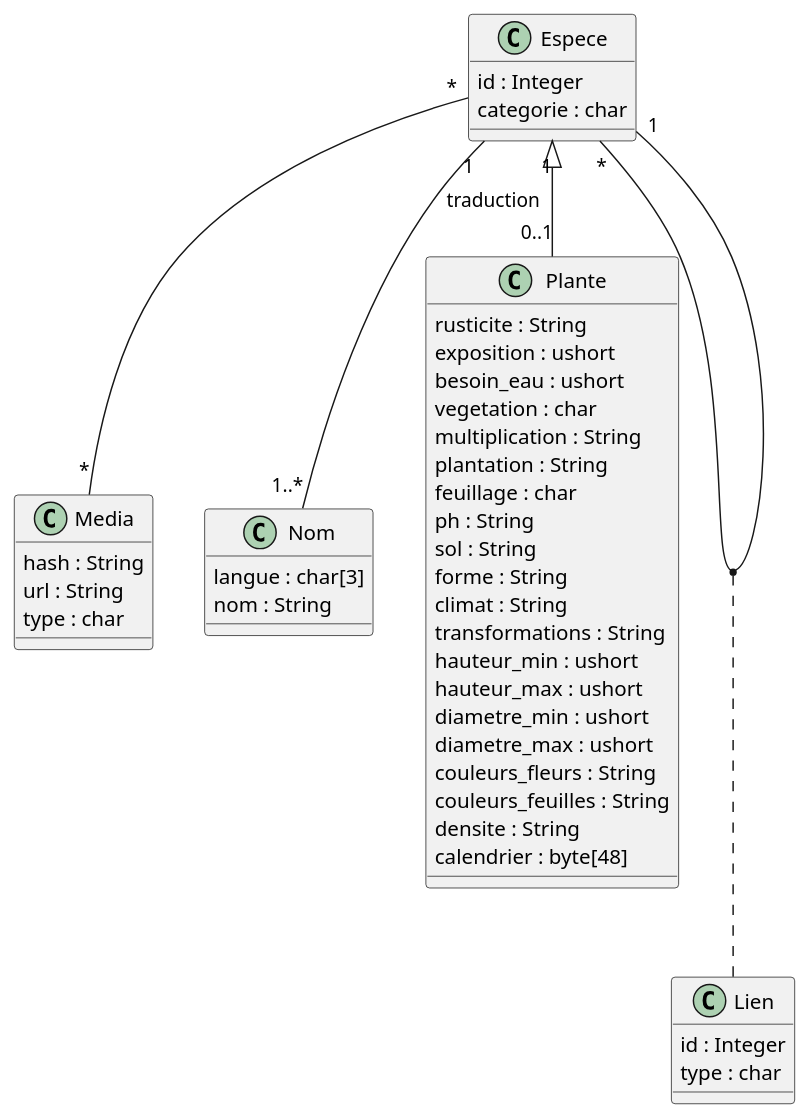
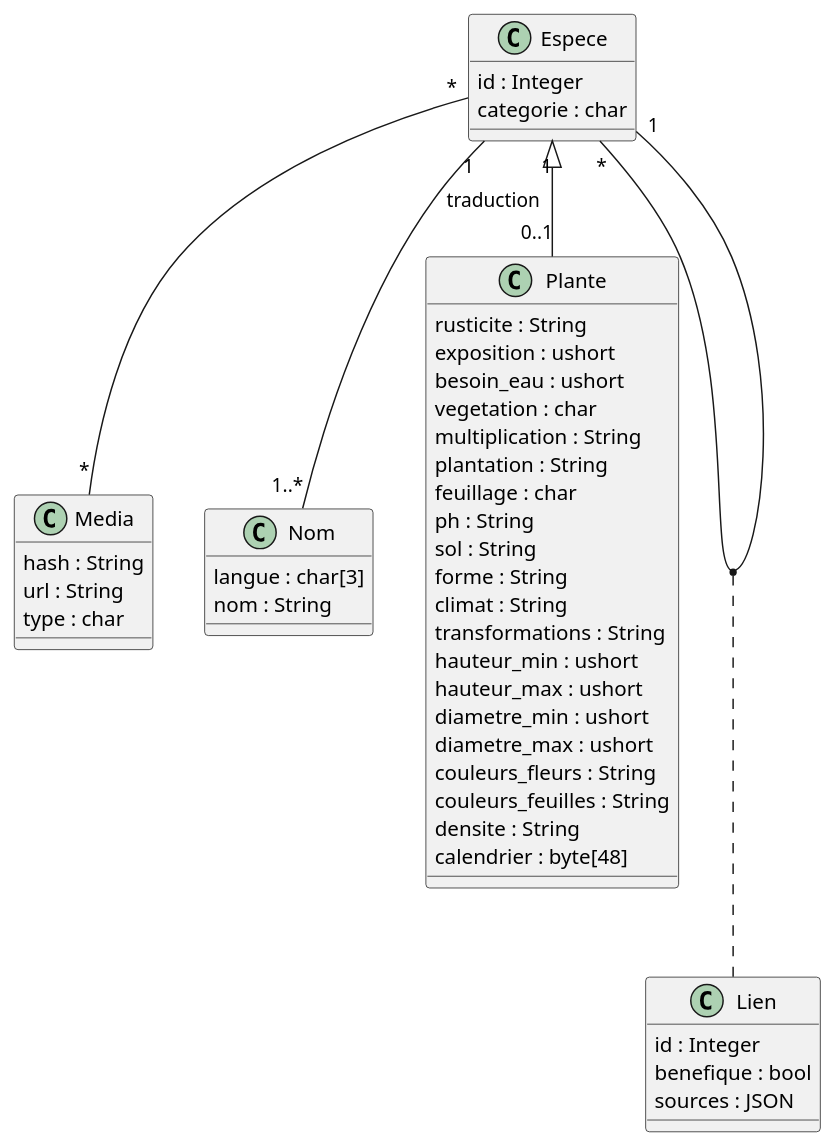
One commit to ThibaultLatrille/MonPotager changed the diagram in database/connaissance.wsd. Above: the diagram before and after it, drawn with PlantUML. The commit also changed 4 other files, not shown here.

```diff
--- a/database/connaissance.wsd
+++ b/database/connaissance.wsd
@@ -1,177 +1,174 @@
 @startuml Connaissance
 ' Définition des classes
 class Media {
     'hash est une valeur unique (on évite les doublons en base de données)
     hash : String
     url : String
     type : char
 }
 class Espece {
     id : Integer
-    'categorie : P : plant, A : auxiliaire, N : nuisible
+    'categorie: C=céréales, V=légume (vegetable), F=fruit, H=arômates (herbs), O=flower, A=auxiliaire (helper), P=nuisible (pest)
     categorie : char
 }
 'Pour traduire les noms (fra, lat), https://fr.wikipedia.org/wiki/Liste_des_codes_ISO_639-1 (prendre 639-3)
 class Nom {
     langue : char[3]
     nom : String
 }
 class Lien {
     'ID sur le lien pour tracer les modifications
     id : Integer
-    /' Relation plante à plante
-        "E" : sous-espèce
-        "+" : favorise
-        "-" : défavorise
-        Relation plante à auxiliaire :
-        ">" : attire
-        Relation nuisible à plante :
-        "<" : est attiré par
+    ' Si la relation est bénéfique de espèce 1 vers espèce B
+    benefique : bool
+    /' Quelles sont les références pour vérifier les données
+    Livre
+    Lien
     '/
-    type : char
+    sources : JSON
 }
 class Plante {
     /'
     R : Résistante (rustique) : Plante résistante au gel. 
     S : À protéger (semi-rustique) : Plante qui supporte la fraîcheur mais qui nécessite une protection contre le gel. 
     F : À rentrer (fragile) : Plante qui craint le froid et qui doit être abritée pendant la saison froide. 
     Rusticité USDA :
     0	a	< -53,9
     0	b	-53,9	-51,1
     1	a	-51,1	-48,3
     1	b	-48,3	-45,6
     2	a	-45,6	-42,8
     2	b	-42,8	-40
     3	a	-40	-37,2
     3	b	-37,2	-34,4
     4	a	-34,4	-31,7
     4	b	-31,7	-28,9
     5	a	-28,9	-26,1
     5	b	-26,1	-23,3
     6	a	-23,3	-20,6
     6	b	-20,6	-17,8
     7	a	-17,8	-15
     7	b	-15	-12,2
     8	a	-12,2	-9,4
     8	b	-9,4	-6,7
     9	a	-6,7	-3,9
     9	b	-3,9	-1,1
     10	a	-1,1	+1,7
     10	b	+1,7	+4,4
     11	a	+4,4	+7,2
     11	b	+7,2	+10
     12	a	+10	+12,8
     12	b	+12,8	+15,6
     13	a	+15,6	+18,3
     13	b	+18,3	+21
     14	a	+21	Max
     '/
     rusticite : String
     /'Echelle de 1 à 5
         "1" : ombre
         "3" : mi-ombre
         "5" : soleil
     '/
     exposition : ushort
     'Besoin en eau : valeur entre 1 et 5 ou 5 représente un fort besoin en eau
     besoin_eau : ushort
     /'Végétation
         2 : bisannuelle : vit 2 ans, la première année se développe, la 2ème année donne ses fruits
         1 : annuelle : plante qui vit moins d'1 an
         V : vivace : vit plus de 2 ans
     '/
     vegetation : char
     /'Chaine comprenant toutes les multiplications possibles pour la plante (ex : GB)
         S : Semis : La plante se reproduit par la plantation de graines. 
         D : Division : Une partie de la racine (rhizome, tubercule) sert à créer de nouvelles pousses. 
         B : Bouturage : Une branche est plantée en terre, où elle produit de nouvelles racines.
         M : Marcottage : La branche n'est pas coupée de la plante mais elle est en partie enfouie dans la terre, où elle développe ses propres racines. 
         G : Greffe : Un fragment de plante est implanté sur une autre plante. 
         I : Impossible : Il n'est pas possible, pour un particulier, de multiplier sa plante. S'il en veut une autre, il lui faut l'acheter auprès d'un professionnel. 
     '/
     multiplication : String
     /'Plantations possibles pour la plante
         T : pleine terre
         B : bac / pot / jardinière
         A : plante aquatique
         O : aquaponie / hydroponie
     '/
     plantation : String
     /'
         C : caduc : la plante caduque ne conserve ses feuilles que quelques mois dans l'année
         S : semi-persistant/semi-caduc : la plante conserve une partie de son feuillage toute l'année, car la majorité du feuillage reste en place durant la période hivernale
         P : persistant : le feuillage dure toute l'année
     '/
     feuillage : char
     /'PH du sol sur lequel il est possible de cultiver la plante
         "L" : Sol alcalin : Le pH est supérieur à 7. Il s'agit principalement des sols calcaires. 
         "N" : Sol neutre : Le pH est compris entre 6,5 et 7,2. La plupart des plantes y poussent correctement. 
         "A" : Sol acide : Le pH est inférieur à 7. Il s'agit principalement des terres de bruyère. 
     '/
     ph : String
     /'Sol sur lequel il est possible de cultiver la plante
         "A" : argileux : comprend plus de 40 % d'argile.
         "L" : limoneux : si accumule plus de 35 % de limon
         "S" : sableux : plux de 60% de sable
         "H" : humifère : riche en humus et en matières organiques
         "C" : calcaire : qui ne retient pas l'eau
     '/
     sol : String
     /'Forme(s) que la plante peut prendre :
         "_" : étalé ou tapissant
         "B" : Buissonnant
         "O" : Arrondi, en boule ou ovale
         "V" : Ouvert ou divergeant
         "^" :  Conique ou pyramidal
         "I" : Élancé ou colonnaire
         "T" : Palme ou parasol
         "R" : Pleureur ou tombant
         "P" : Palissable - L'arbre fruitier se développe selon une forme géométrique grâce à des supports horizontaux. Les branches s'étendent sur deux dimensions seulement.
     '/
     forme : String
     /'Climat dans lequel la plante peut se développer
         "E" : équatorial
         "T" : tropical
         "S" : subtropical
         "D" : désertique
         "O" : océanique
         "C" : continental
         "M" : méditerranéen
         "A" : subartique
         "P" : polaire
     '/
     climat : String
     /'Transformations possible des parties consommables :
         "M" : mellifere, qui produit du miel
         "E" : possibilité de faire de l'huile exprimée
         "V" : possibilité de faire de l'huile volatile
         "F" : possibilité de faire de la farine
         "P" : possibilité de faire de la poudre
         "T" : possibilité de créer des teintures
         "S" : sèchable
         "A" : fourragère (pour nourrir les animaux)
     '/
     transformations : String
     'les dimensions suivantes sont en cm
     hauteur_min : ushort
     hauteur_max : ushort
     diametre_min : ushort
     diametre_max : ushort
     'Liste de couleur séparée par des virgules (ex : blanche, rouge)
     couleurs_fleurs : String
     couleurs_feuilles : String
     /'# représente un nombre entier
         Nombre de pieds au m² : #p
         Nombre de tige au cm linéaire : #t
     '/
     densite : String
     '12 (mois) * 4 (évènement) bits dans cet ordre : plantation, floraison, récolte, taille
     calendrier : byte[48]
 }
 ' Relations
 Espece "*" -- "1" Espece
 (Espece, Espece) .. Lien
 Espece "1" <|-- "0..1" Plante
 Espece "*" -- "*" Media
 Espece "1" -- "1..*" Nom : traduction
 @enduml
```
